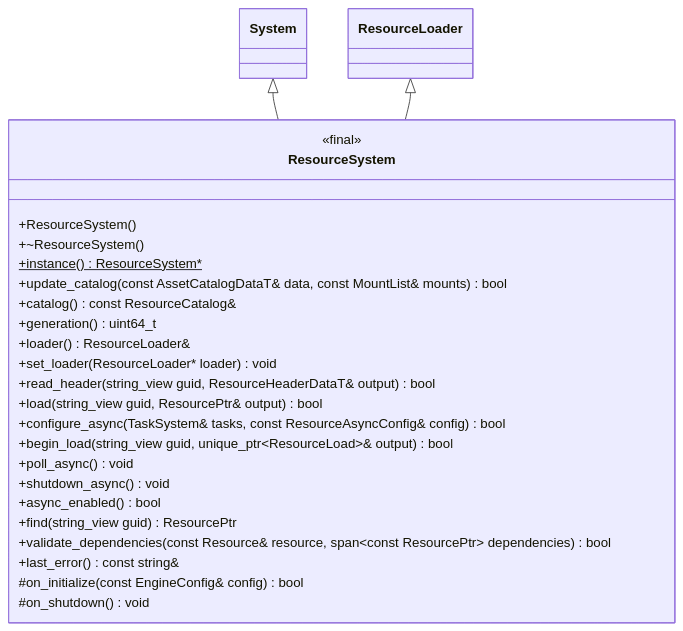
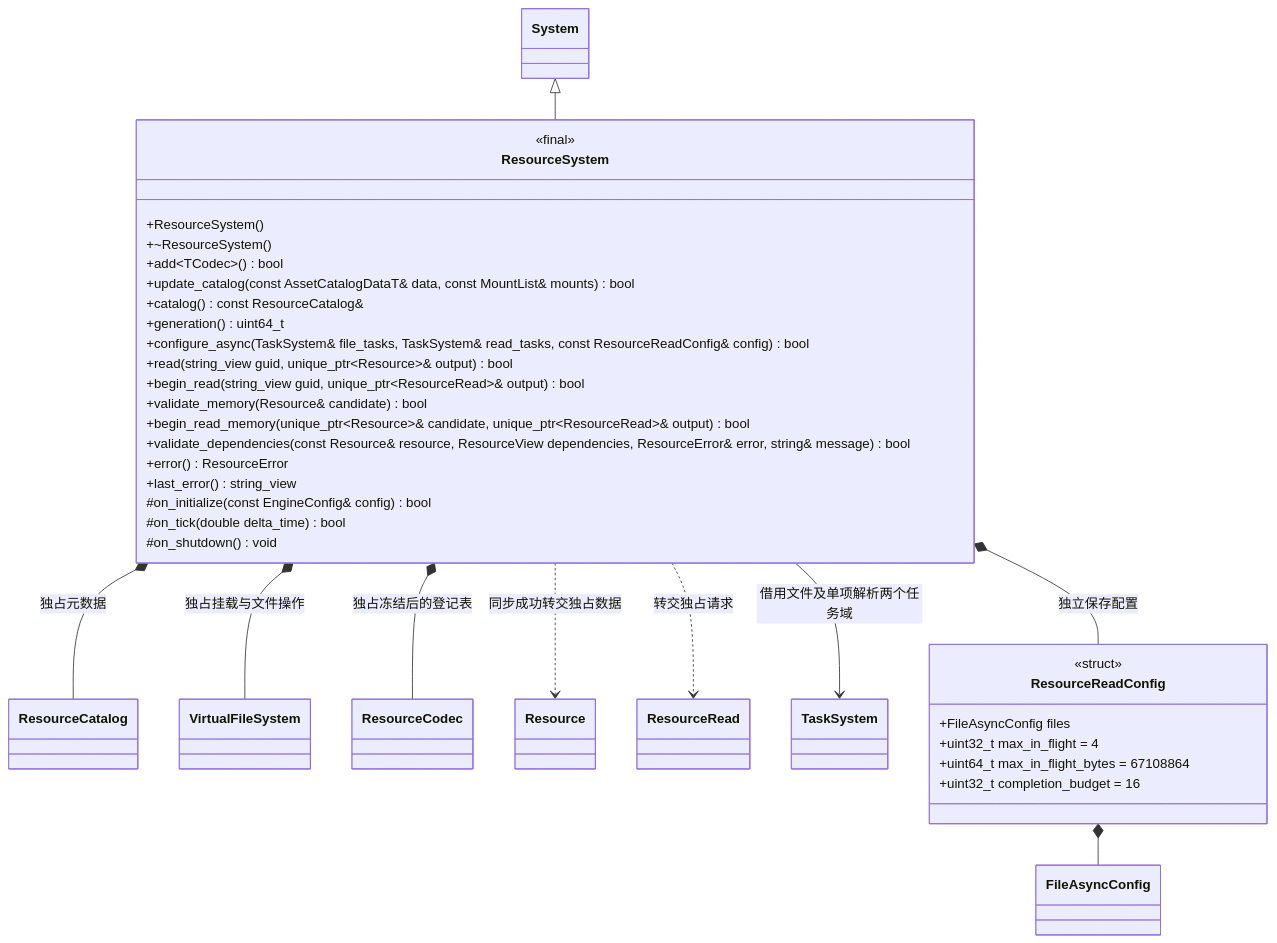
Before and after one commit to lcals/Engine: the first of 3 diagrams in docs/runtime/class-diagrams/resource-system.md, drawn with Mermaid. The commit also changed other lines of this file and 391 other files, not shown here.

````diff
--- a/docs/runtime/class-diagrams/resource-system.md
+++ b/docs/runtime/class-diagrams/resource-system.md
@@ -9,30 +9,47 @@
 ```mermaid
 classDiagram
     class ResourceSystem {
         <<final>>
         +ResourceSystem()
         +~ResourceSystem()
-        +instance() ResourceSystem#42;$
+        +add~TCodec~() bool
         +update_catalog(const AssetCatalogDataT& data, const MountList& mounts) bool
         +catalog() const ResourceCatalog&
         +generation() uint64_t
-        +loader() ResourceLoader&
-        +set_loader(ResourceLoader#42; loader) void
-        +read_header(string_view guid, ResourceHeaderDataT& output) bool
-        +load(string_view guid, ResourcePtr& output) bool
-        +configure_async(TaskSystem& tasks, const ResourceAsyncConfig& config) bool
-        +begin_load(string_view guid, unique_ptr~ResourceLoad~& output) bool
-        +poll_async() void
-        +shutdown_async() void
-        +async_enabled() bool
-        +find(string_view guid) ResourcePtr
-        +validate_dependencies(const Resource& resource, span~const ResourcePtr~ dependencies) bool
-        +last_error() const string&
+        +configure_async(TaskSystem& file_tasks, TaskSystem& read_tasks, const ResourceReadConfig& config) bool
+        +read(string_view guid, unique_ptr~Resource~& output) bool
+        +begin_read(string_view guid, unique_ptr~ResourceRead~& output) bool
+        +validate_memory(Resource& candidate) bool
+        +begin_read_memory(unique_ptr~Resource~& candidate, unique_ptr~ResourceRead~& output) bool
+        +validate_dependencies(const Resource& resource, ResourceView dependencies, ResourceError& error, string& message) bool
+        +error() ResourceError
+        +last_error() string_view
         #on_initialize(const EngineConfig& config) bool
+        #on_tick(double delta_time) bool
         #on_shutdown() void
     }
     class System
-    class ResourceLoader
+    class ResourceCatalog
+    class VirtualFileSystem
+    class ResourceCodec
+    class Resource
+    class ResourceRead
+    class TaskSystem
+    class ResourceReadConfig {
+        <<struct>>
+        +FileAsyncConfig files
+        +uint32_t max_in_flight = 4
+        +uint64_t max_in_flight_bytes = 67108864
+        +uint32_t completion_budget = 16
+    }
     System <|-- ResourceSystem
-    ResourceLoader <|-- ResourceSystem
+    ResourceSystem *-- ResourceCatalog : 独占元数据
+    ResourceSystem *-- VirtualFileSystem : 独占挂载与文件操作
+    ResourceSystem *-- ResourceCodec : 独占冻结后的登记表
+    ResourceSystem --> TaskSystem : 借用文件及单项解析两个任务域
+    ResourceSystem ..> ResourceRead : 转交独占请求
+    ResourceSystem ..> Resource : 同步成功转交独占数据
+    ResourceSystem *-- ResourceReadConfig : 独立保存配置
+    class FileAsyncConfig
+    ResourceReadConfig *-- FileAsyncConfig
 ```
````
